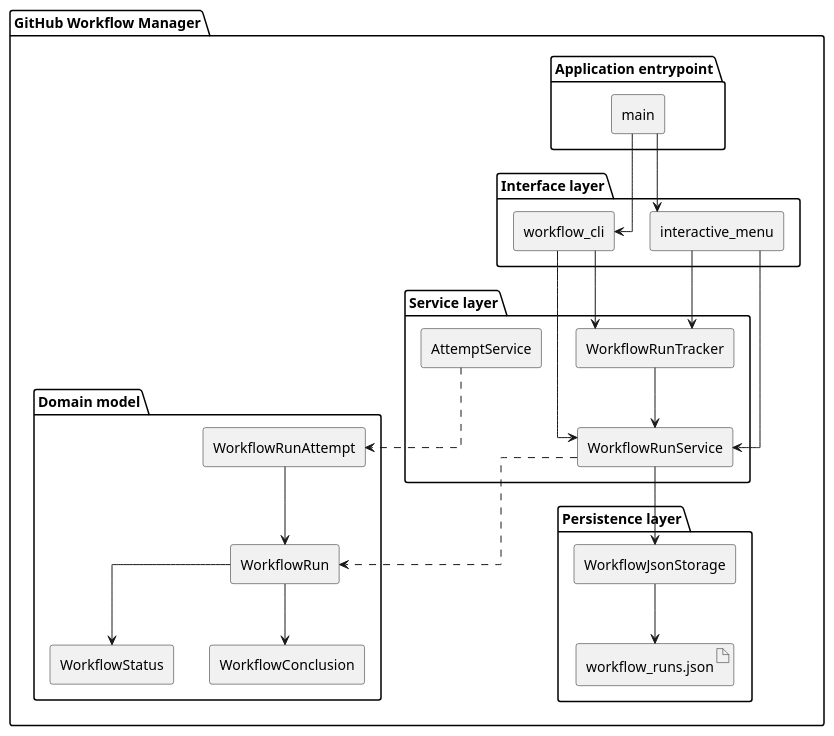
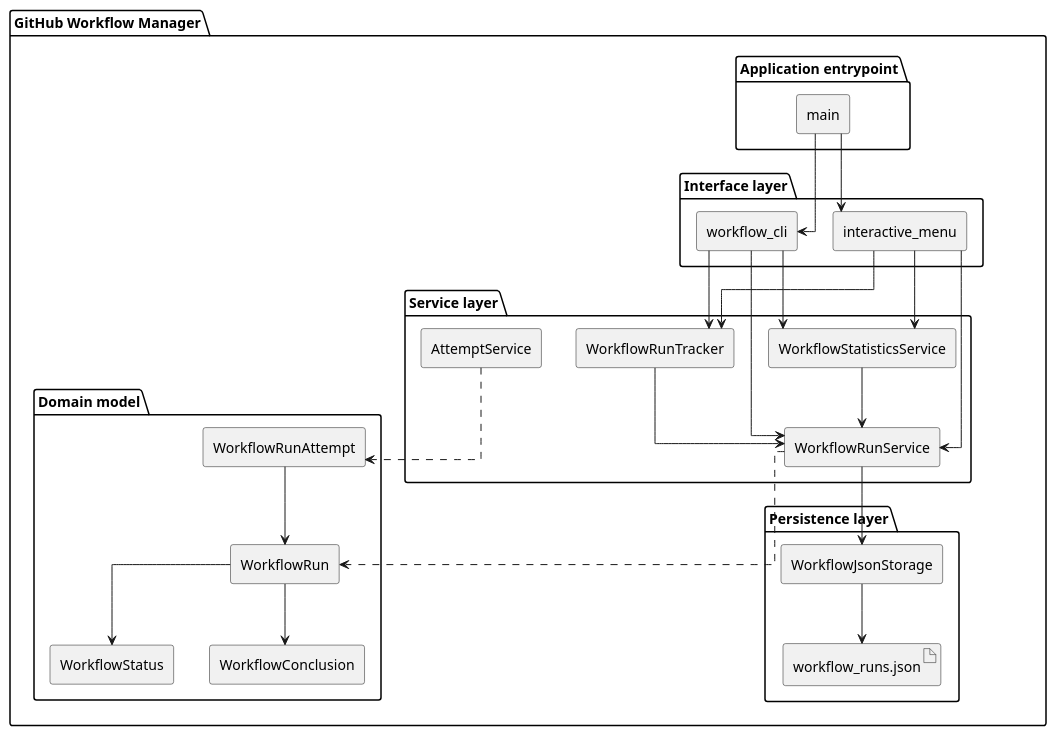
One commit to DanielRiha8906/Software_autoevolution_using_agents changed the diagram in experiments/broadcast/test_driven/github-workflow-manager/artifacts/component_diagram.puml. Above: the diagram before and after it, drawn with PlantUML. The commit also changed 4 other files, not shown here.

First line of the commit message:
docs: Update UML diagrams for Task 06 (WorkflowStatisticsService)

```diff
--- a/experiments/broadcast/test_driven/github-workflow-manager/artifacts/component_diagram.puml
+++ b/experiments/broadcast/test_driven/github-workflow-manager/artifacts/component_diagram.puml
@@ -1,56 +1,62 @@
 @startuml component_diagram
 
 skinparam componentStyle rectangle
 skinparam linetype ortho
 top to bottom direction
 
 package "GitHub Workflow Manager" {
 
   package "Application entrypoint" {
     component "main" as MAIN
   }
 
   package "Interface layer" {
     component "workflow_cli" as CLI
     component "interactive_menu" as IM
   }
 
   package "Service layer" {
     component "WorkflowRunTracker" as TRACKER
     component "WorkflowRunService" as SVC
     component "AttemptService" as ATTEMPT_SVC
+    component "WorkflowStatisticsService" as STATS_SVC
   }
 
   package "Persistence layer" {
     component "WorkflowJsonStorage" as STOR
     artifact "workflow_runs.json" as JSON_FILE
   }
 
   package "Domain model" {
     component "WorkflowRun" as RUN
     component "WorkflowRunAttempt" as ATTEMPT
     component "WorkflowStatus" as STATUS
     component "WorkflowConclusion" as CONCLUSION
   }
 }
 
 MAIN --> CLI
 MAIN --> IM
 
 CLI --> TRACKER
 IM --> TRACKER
 
 CLI --> SVC
 IM --> SVC
 
+CLI --> STATS_SVC
+IM --> STATS_SVC
+
 TRACKER --> SVC
 SVC --> STOR
 STOR --> JSON_FILE
+
+STATS_SVC --> SVC
 
 SVC ..> RUN
 ATTEMPT_SVC ..> ATTEMPT
 ATTEMPT --> RUN
 RUN --> STATUS
 RUN --> CONCLUSION
 
 @enduml
```
